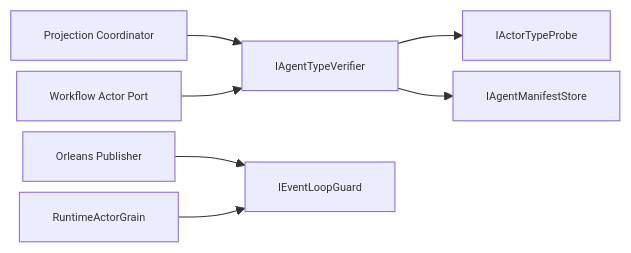
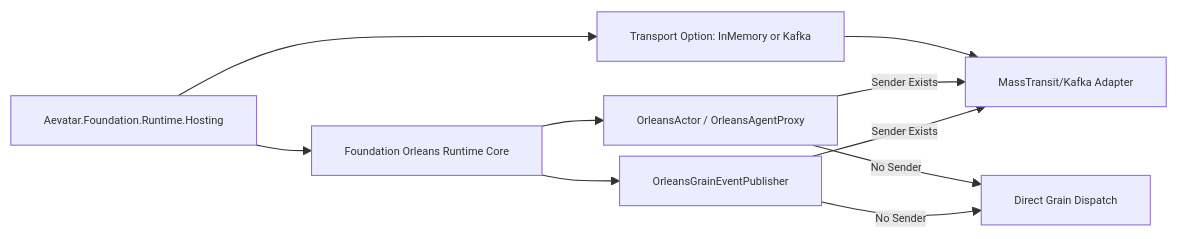
The second of 3 diagrams in docs/audit-scorecard/worktree-architecture-scorecard-2026-02-22.md (aevatarAI/aevatar), drawn with Mermaid before and after one commit. The commit also changed other lines of this file and 49 other files, not shown here.

First line of the commit message:
Remove legacy files and integrate Kafka transport support for Orleans runtime

````diff
--- a/docs/audit-scorecard/worktree-architecture-scorecard-2026-02-22.md
+++ b/docs/audit-scorecard/worktree-architecture-scorecard-2026-02-22.md
@@ -89,10 +98,13 @@
 ```mermaid
 %%{init: {"maxTextSize": 100000, "flowchart": {"useMaxWidth": false, "nodeSpacing": 10, "rankSpacing": 50}, "themeVariables": {"fontSize": "10px"}}}%%
 flowchart LR
-  A["Projection Coordinator"] --> B["IAgentTypeVerifier"]
-  C["Workflow Actor Port"] --> B
-  B --> D["IActorTypeProbe"]
-  B --> E["IAgentManifestStore"]
-  F["Orleans Publisher"] --> G["IEventLoopGuard"]
-  H["RuntimeActorGrain"] --> G
+  A["Aevatar.Foundation.Runtime.Hosting"] --> B["Foundation Orleans Runtime Core"]
+  A --> C["Transport Option: InMemory or Kafka"]
+  C --> D["MassTransit/Kafka Adapter"]
+  B --> E["OrleansActor / OrleansAgentProxy"]
+  B --> F["OrleansGrainEventPublisher"]
+  E -->|"Sender Exists"| D
+  F -->|"Sender Exists"| D
+  E -->|"No Sender"| G["Direct Grain Dispatch"]
+  F -->|"No Sender"| G
 ```
````
